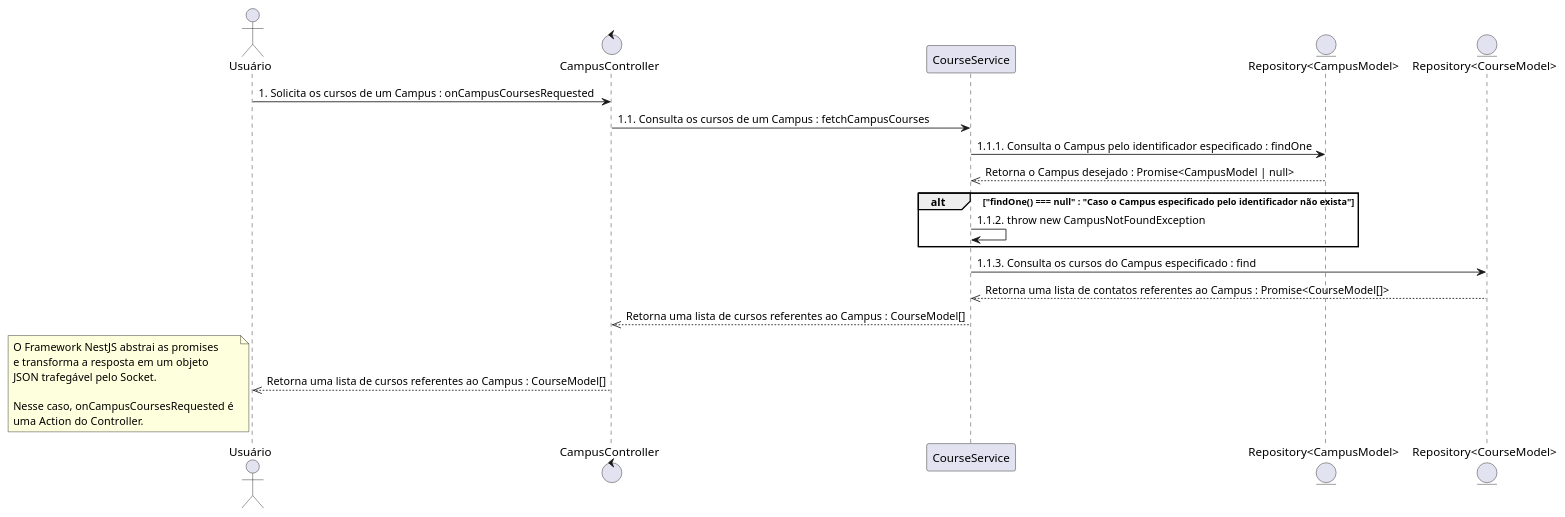
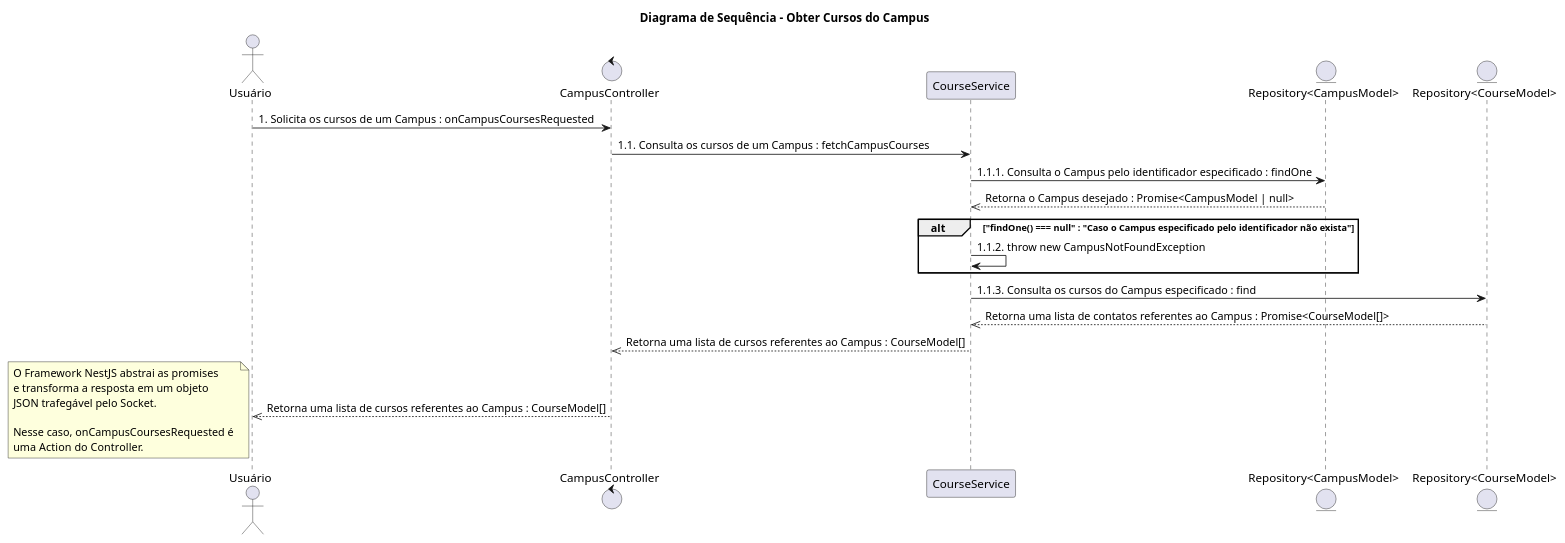
One commit to MurylloEx/Seja-UPE-Docs changed the diagram in src/C1. Visão Geral/C2. Sistema/C3. Endpoints RESTful (Server)/C4. Visão de Processo/[PUML] Sequência - Obter Cursos do Campus.puml. Above: the diagram before and after it, drawn with PlantUML. The commit also changed 14 other files, not shown here.

```diff
--- a/src/C1. Visão Geral/C2. Sistema/C3. Endpoints RESTful (Server)/C4. Visão de Processo/[PUML] Sequência - Obter Cursos do Campus.puml
+++ b/src/C1. Visão Geral/C2. Sistema/C3. Endpoints RESTful (Server)/C4. Visão de Processo/[PUML] Sequência - Obter Cursos do Campus.puml
@@ -1,29 +1,31 @@
 @startuml "Sequence Diagram"
+
+title "Diagrama de Sequência - Obter Cursos do Campus"
 
 actor "Usuário"                   as USER
 control "CampusController"        as CAMPUS_CONTROLLER
 participant "CourseService"       as COURSE_SERVICE
 entity "Repository<CampusModel>"  as CAMPUS_REPOSITORY
 entity "Repository<CourseModel>"  as COURSE_REPOSITORY
 
 USER -> CAMPUS_CONTROLLER : 1. Solicita os cursos de um Campus : onCampusCoursesRequested
 CAMPUS_CONTROLLER -> COURSE_SERVICE : 1.1. Consulta os cursos de um Campus : fetchCampusCourses
 COURSE_SERVICE -> CAMPUS_REPOSITORY : 1.1.1. Consulta o Campus pelo identificador especificado : findOne
 CAMPUS_REPOSITORY -->> COURSE_SERVICE : Retorna o Campus desejado : Promise<CampusModel | null>
 alt "findOne() === null" : "Caso o Campus especificado pelo identificador não exista"
   COURSE_SERVICE -> COURSE_SERVICE : 1.1.2. throw new CampusNotFoundException
 end
 COURSE_SERVICE -> COURSE_REPOSITORY : 1.1.3. Consulta os cursos do Campus especificado : find
 COURSE_REPOSITORY -->> COURSE_SERVICE : Retorna uma lista de contatos referentes ao Campus : Promise<CourseModel[]>
 COURSE_SERVICE -->> CAMPUS_CONTROLLER : Retorna uma lista de cursos referentes ao Campus : CourseModel[]
 CAMPUS_CONTROLLER -->> USER : Retorna uma lista de cursos referentes ao Campus : CourseModel[]
 note left
   O Framework NestJS abstrai as promises 
   e transforma a resposta em um objeto 
   JSON trafegável pelo Socket. 
 
   Nesse caso, onCampusCoursesRequested é 
   uma Action do Controller.
 end note
 
 @enduml
```
